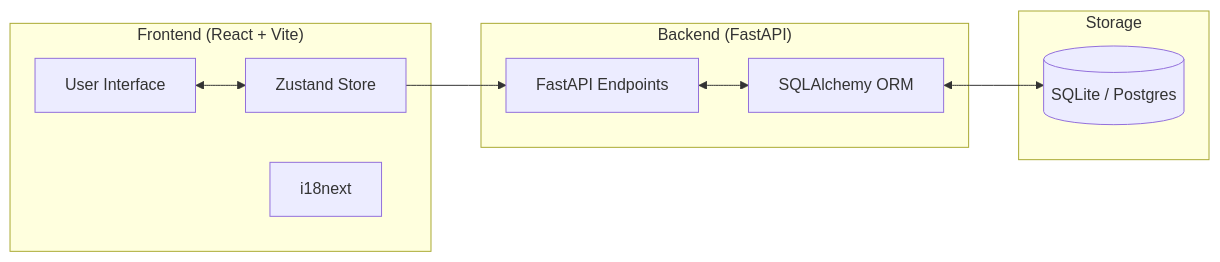
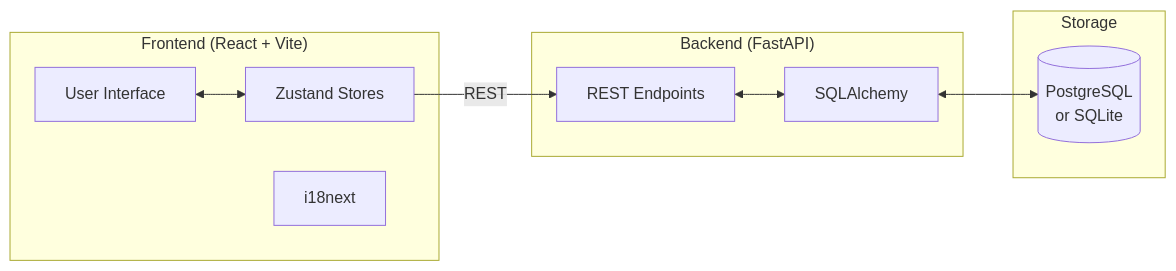
Before and after one commit to jvastenaekels/qualis: the first of 5 diagrams in docs/ARCHITECTURE.md, drawn with Mermaid. The commit also changed other lines of this file and 7 other files, not shown here.

First line of the commit message:
docs: comprehensive documentation overhaul with Mermaid diagrams

````diff
--- a/docs/ARCHITECTURE.md
+++ b/docs/ARCHITECTURE.md
@@ -9,22 +11,22 @@
 ```mermaid
 graph LR
     subgraph "Frontend (React + Vite)"
         UI[User Interface]
-        ZS[Zustand Store]
+        Stores[Zustand Stores]
         I18N[i18next]
     end
 
     subgraph "Backend (FastAPI)"
-        API[FastAPI Endpoints]
-        SQL[SQLAlchemy ORM]
+        API[REST Endpoints]
+        ORM[SQLAlchemy]
     end
 
     subgraph "Storage"
-        DB[(SQLite / Postgres)]
+        DB[(PostgreSQL<br/>or SQLite)]
     end
 
-    UI <--> ZS
-    ZS --> API
-    API <--> SQL
-    SQL <--> DB
+    UI <--> Stores
+    Stores -->|REST| API
+    API <--> ORM
+    ORM <--> DB
 ```
````
